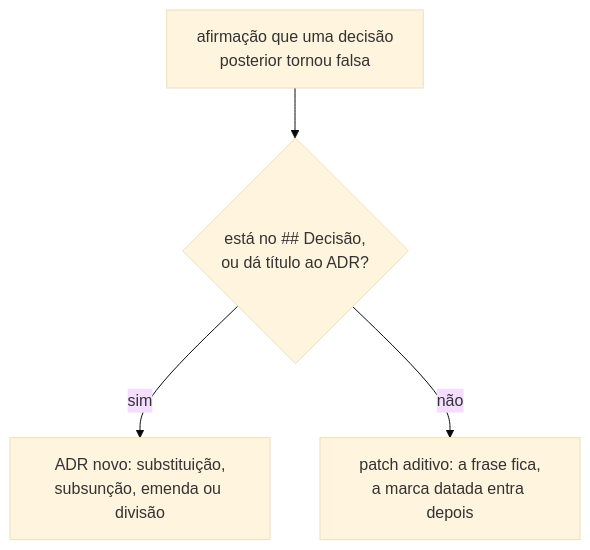
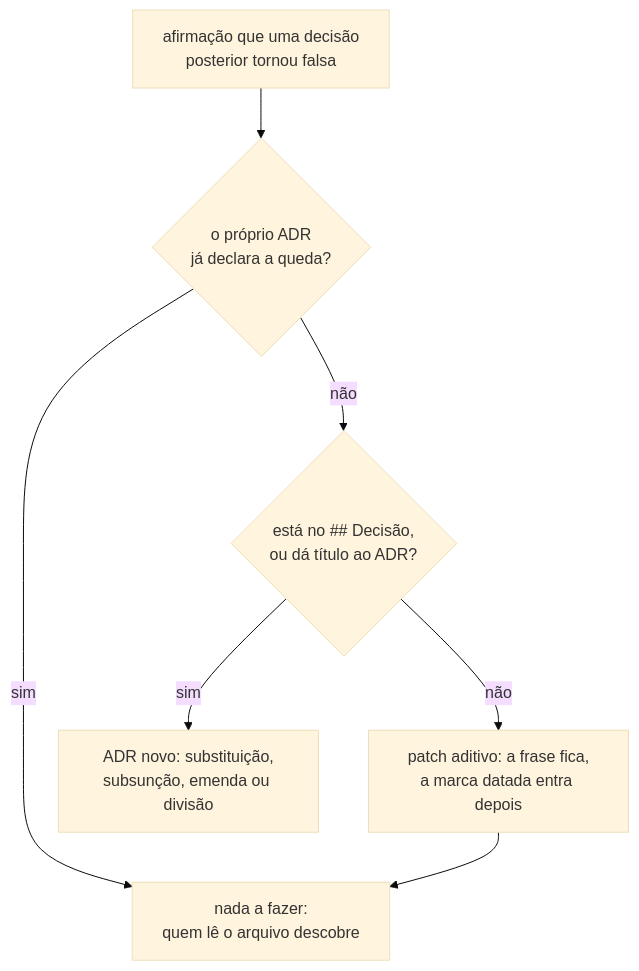
The fourth of 8 diagrams in docs/adr/README.md (da0hn/distributed-systems-experiment-lab), drawn with Mermaid (base theme) before and after one commit. The commit also changed other lines of this file, not shown here.

First line of the commit message:
docs(adr): Escreve que queda declarada no próprio ADR não é defeito

````diff
--- a/docs/adr/README.md
+++ b/docs/adr/README.md
@@ -558,6 +558,9 @@
 ```mermaid
 flowchart TD
-    A["afirmação que uma decisão<br/>posterior tornou falsa"] --> B{"está no ## Decisão,<br/>ou dá título ao ADR?"}
-    B -->|" sim "| C["ADR novo: substituição,<br/>subsunção, emenda ou divisão"]
-    B -->|" não "| D["patch aditivo: a frase fica,<br/>a marca datada entra depois"]
+    A["afirmação que uma decisão<br/>posterior tornou falsa"] --> B{"o próprio ADR<br/>já declara a queda?"}
+    B -->|" sim "| N["nada a fazer:<br/>quem lê o arquivo descobre"]
+    B -->|" não "| Q{"está no ## Decisão,<br/>ou dá título ao ADR?"}
+    Q -->|" sim "| C["ADR novo: substituição,<br/>subsunção, emenda ou divisão"]
+    Q -->|" não "| D["patch aditivo: a frase fica,<br/>a marca datada entra depois"]
+    D --> N
 ```
````
